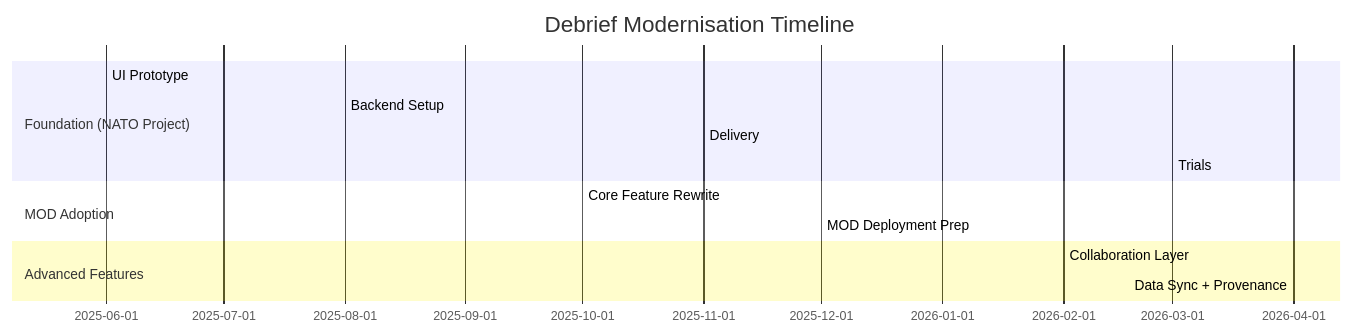
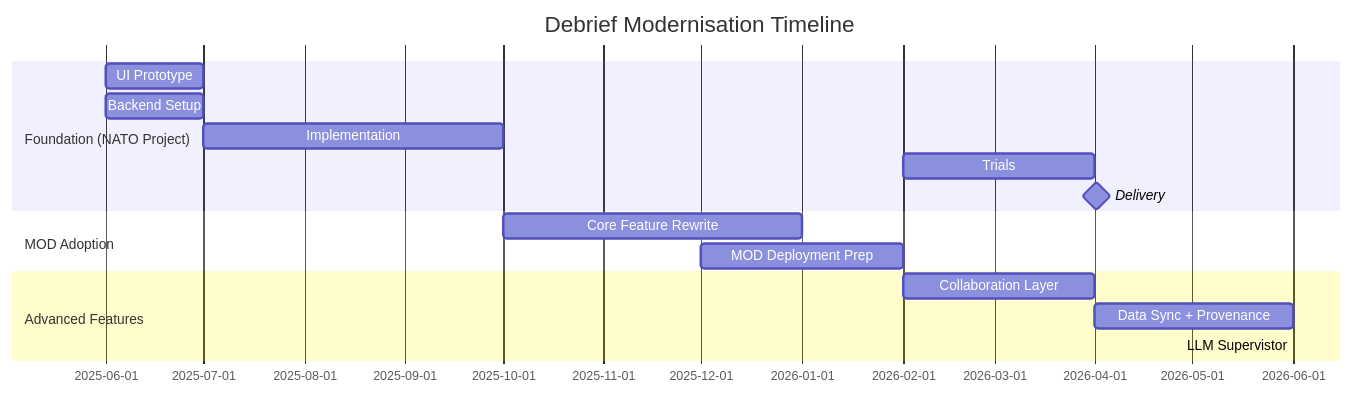
The diagram in future/value-proposition.md (debrief/debrief.github.io), drawn with Mermaid before and after one commit.

Commit message:
update gantt

````diff
--- a/future/value-proposition.md
+++ b/future/value-proposition.md
@@ -61,16 +61,18 @@
 ``` mermaid
 gantt
   title Debrief Modernisation Timeline
   dateFormat  YYYY-MM
   section Foundation (NATO Project)
-  UI Prototype        :active,    des1, 2025-06, 1m
-  Backend Setup       :    des2, 2025-08, 1m
-  Delivery       :    des3, 2025-11, 1m
-  Trials       :    des4, 2026-03, 1m
+  UI Prototype        :    des1, 2025-06, 1M
+  Backend Setup       :    des2, 2025-06, 1M
+  Implementation       :    des3, 2025-07, 3M
+  Trials       :    des4, 2026-02, 2M
+  Delivery: milestone, m1, 2026-04, 1d
   section MOD Adoption
-  Core Feature Rewrite:  feat1, 2025-10, 3m
-  MOD Deployment Prep :         feat2, 2025-12, 2m
+  Core Feature Rewrite:  feat1, 2025-10, 3M
+  MOD Deployment Prep :         feat2, 2025-12, 2M
   section Advanced Features
-  Collaboration Layer :         adv1,  2026-02, 2m
-  Data Sync + Provenance:       adv2,  2026-04, 2m
+  Collaboration Layer :         adv1,  2026-02, 2M
+  Data Sync + Provenance:       adv2,  2026-04, 2M
+  LLM Supervistor: llm1. 2026-06. 2M
 ```
````
